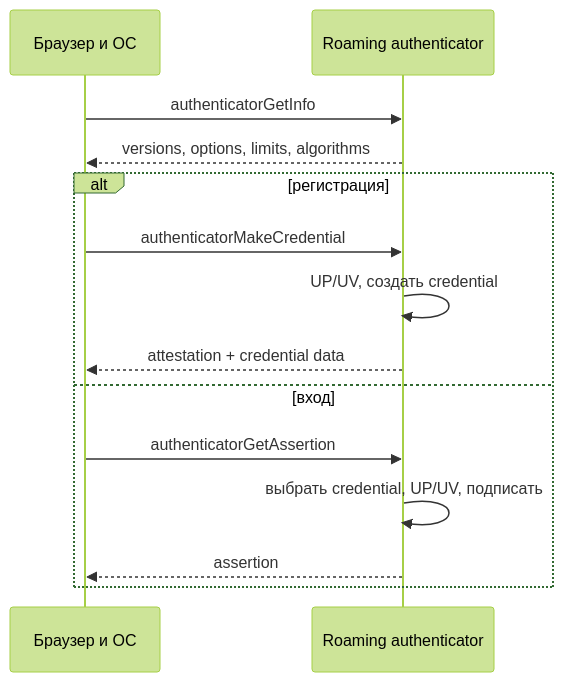
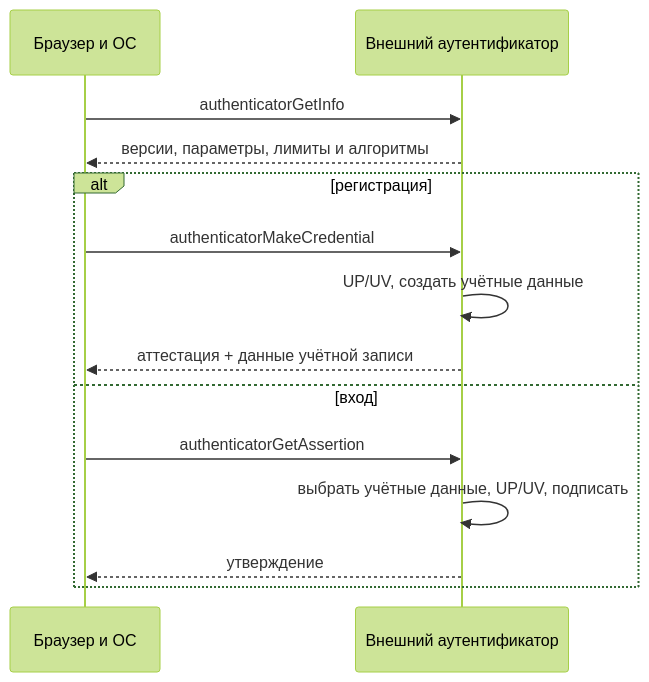
The second of 4 diagrams in FIDO/ctap.md (zapret-discordyoutube/todo), drawn with Mermaid (forest theme) before and after one commit. The commit also changed other lines of this file and 8 other files, not shown here.

````diff
--- a/FIDO/ctap.md
+++ b/FIDO/ctap.md
@@ -60,16 +102,16 @@
 ```mermaid
 sequenceDiagram
     participant C as Браузер и ОС
-    participant A as Roaming authenticator
+    participant A as Внешний аутентификатор
     C->>A: authenticatorGetInfo
-    A-->>C: versions, options, limits, algorithms
+    A-->>C: версии, параметры, лимиты и алгоритмы
     alt регистрация
         C->>A: authenticatorMakeCredential
-        A->>A: UP/UV, создать credential
-        A-->>C: attestation + credential data
+        A->>A: UP/UV, создать учётные данные
+        A-->>C: аттестация + данные учётной записи
     else вход
         C->>A: authenticatorGetAssertion
-        A->>A: выбрать credential, UP/UV, подписать
-        A-->>C: assertion
+        A->>A: выбрать учётные данные, UP/UV, подписать
+        A-->>C: утверждение
     end
 ```
````
